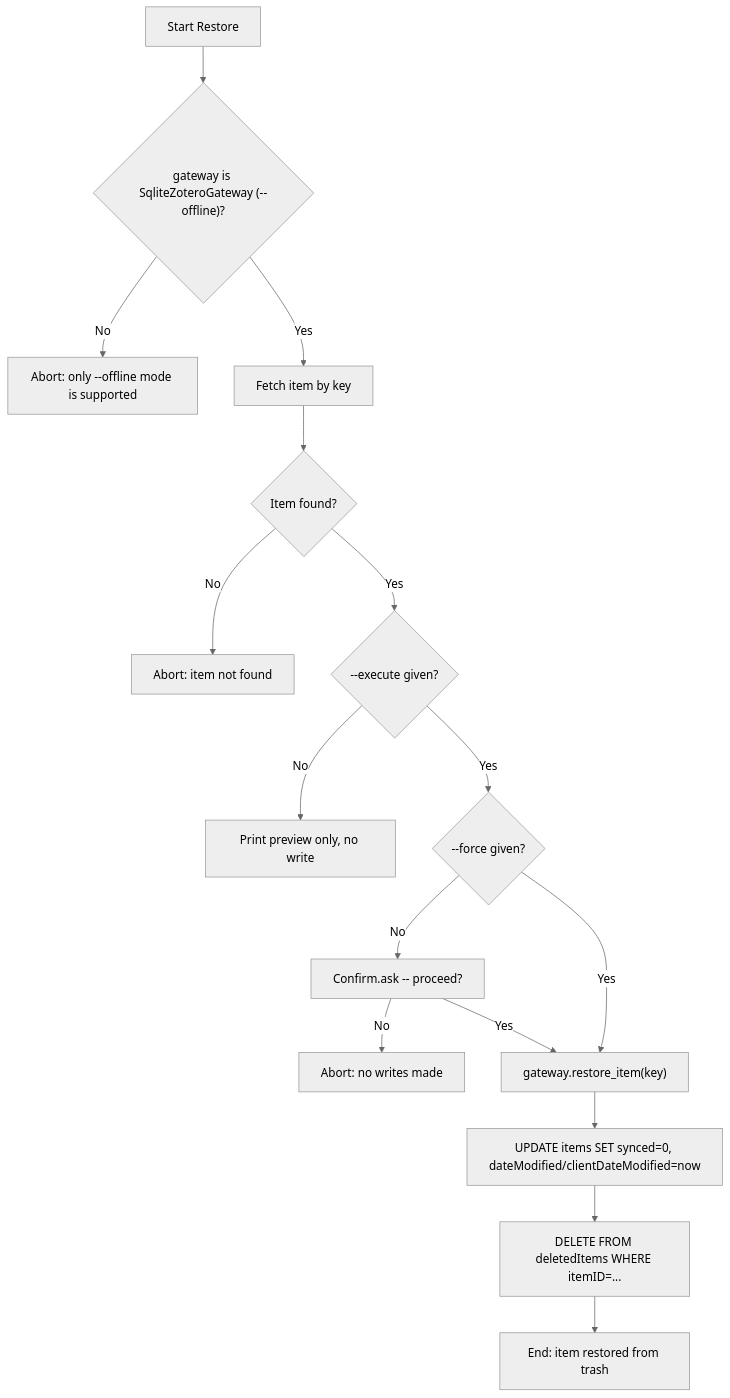
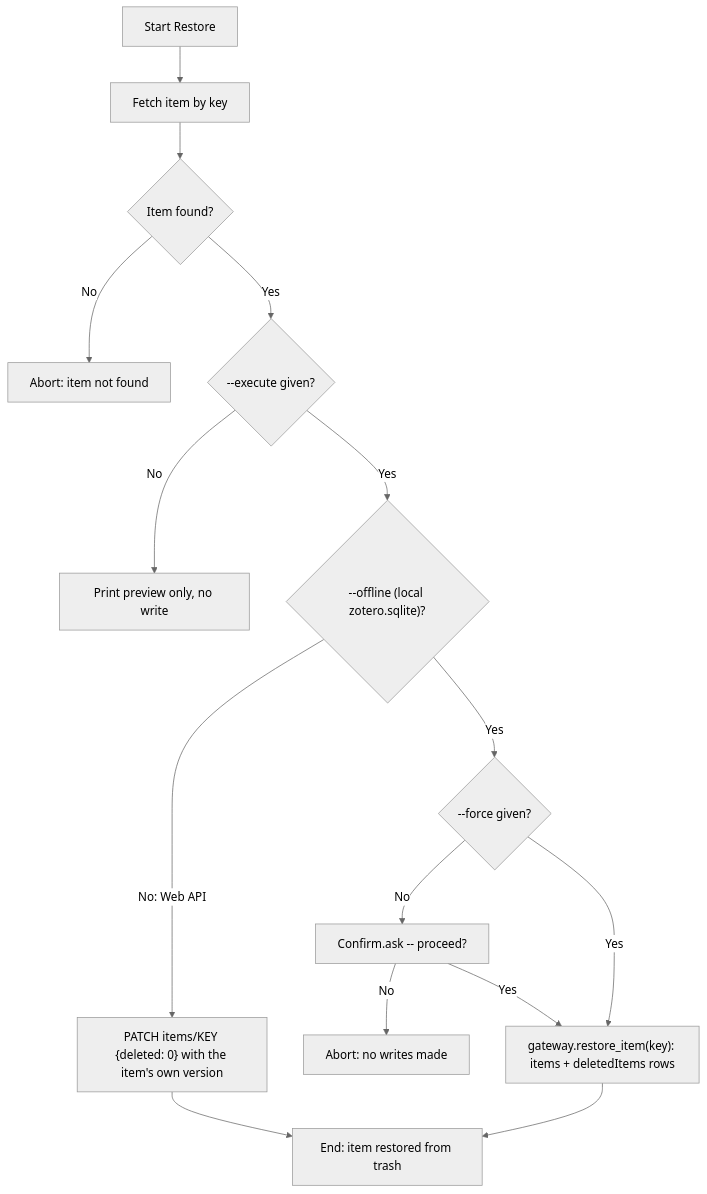
One commit to fchicout/zotero-cli changed the diagram in docs/help_specs/item_restore.md. Above: the diagram before and after it, drawn with Mermaid (neutral theme). The commit also changed other lines of this file and 12 other files, not shown here.

First line of the commit message:
feat(cli): online item trash/restore and item delete --trash (Issue #402) (#525)

````diff
--- a/docs/help_specs/item_restore.md
+++ b/docs/help_specs/item_restore.md
@@ -8,18 +8,17 @@
 ```mermaid
 graph TD
-    A["Start Restore"] --> B{"gateway is SqliteZoteroGateway (--offline)?"}
-    B -- "No" --> C["Abort: only --offline mode is supported"]
-    B -- "Yes" --> D["Fetch item by key"]
+    A["Start Restore"] --> D["Fetch item by key"]
     D --> E{"Item found?"}
     E -- "No" --> F["Abort: item not found"]
     E -- "Yes" --> G{"--execute given?"}
     G -- "No" --> H["Print preview only, no write"]
-    G -- "Yes" --> I{"--force given?"}
+    G -- "Yes" --> B{"--offline (local zotero.sqlite)?"}
+    B -- "No: Web API" --> L1["PATCH items/KEY {deleted: 0} with the item's own version"]
+    B -- "Yes" --> I{"--force given?"}
     I -- "No" --> J["Confirm.ask -- proceed?"]
     J -- "No" --> K["Abort: no writes made"]
-    I -- "Yes" --> L["gateway.restore_item(key)"]
-    J -- "Yes" --> L
-    L --> M["UPDATE items SET synced=0, dateModified/clientDateModified=now"]
-    M --> N["DELETE FROM deletedItems WHERE itemID=..."]
-    N --> O["End: item restored from trash"]
+    I -- "Yes" --> L2["gateway.restore_item(key): items + deletedItems rows"]
+    J -- "Yes" --> L2
+    L1 --> O["End: item restored from trash"]
+    L2 --> O
 ```
````
